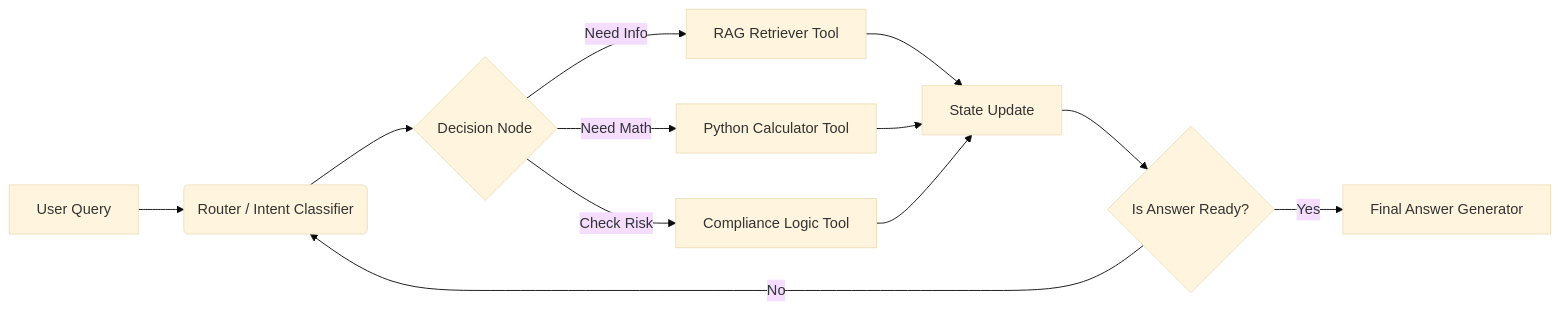
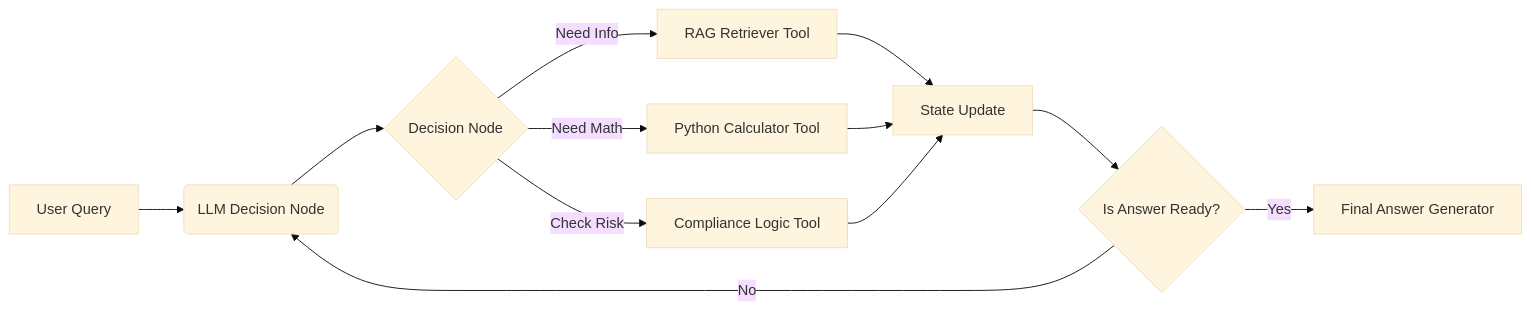
Before and after one commit to denis7-jean/Financial-Analyst-Agent-RAG-LangGraph: the diagram in README.md, drawn with Mermaid (base theme). The commit also changed other lines of this file, not shown here.

`````diff
--- a/README.md
+++ b/README.md
@@ -42,12 +40,13 @@
 ```mermaid
 graph LR
-    A[User Query] --> B(Router / Intent Classifier)
+    A[User Query] --> B(LLM Decision Node)
     B --> C{Decision Node}
     C -- "Need Info" --> D[RAG Retriever Tool]
     C -- "Need Math" --> E[Python Calculator Tool]
     C -- "Check Risk" --> F[Compliance Logic Tool]
     D & E & F --> G[State Update]
     G --> H{Is Answer Ready?}
     H -- No --> B
     H -- Yes --> I[Final Answer Generator]
-````
+
+```
`````
